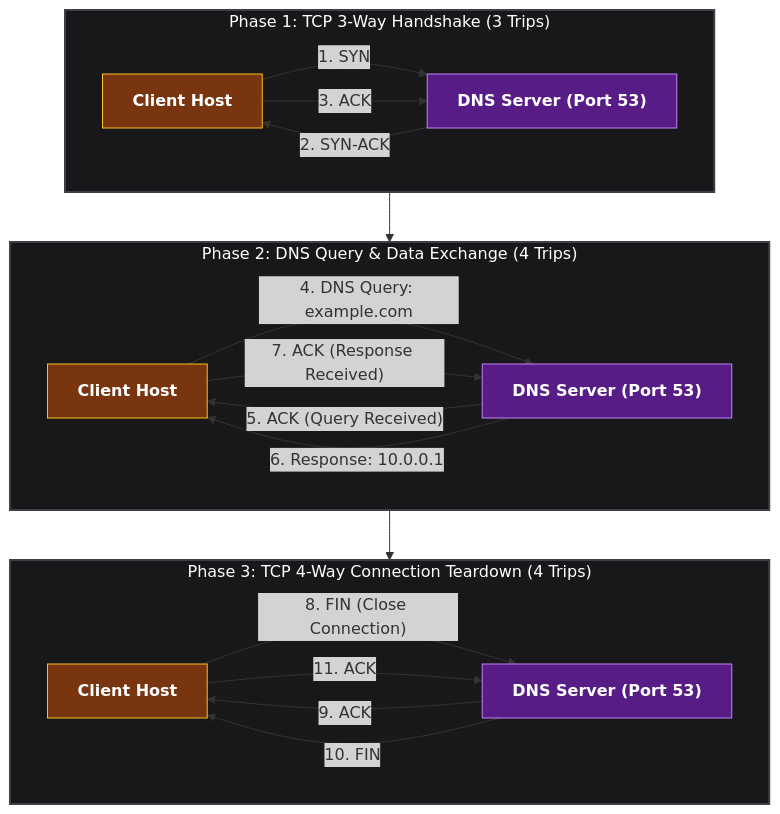
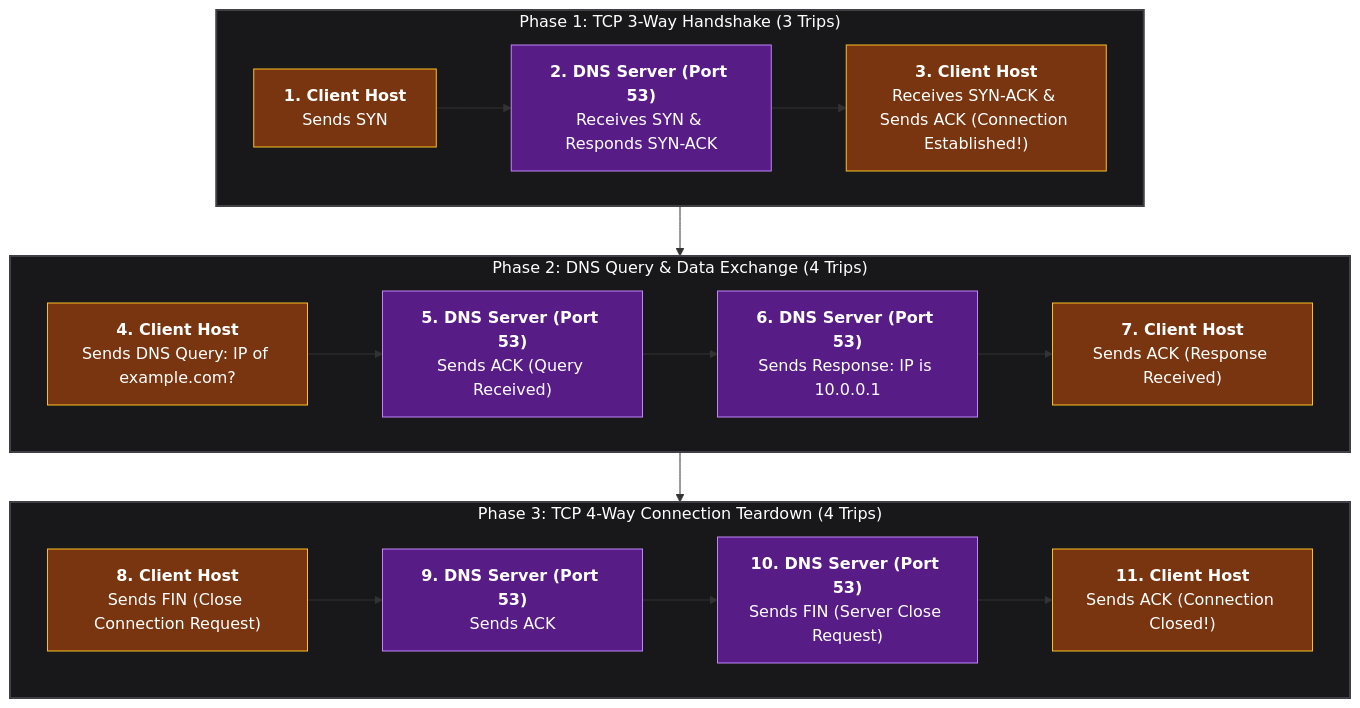
The fourth of 6 diagrams in content/posts/networking/ch13-user-datagram-protocol-udp.mdx (ayuslharora/blog-ayuslh), drawn with Mermaid before and after one commit. The commit also changed other lines of this file, not shown here.

Commit message:
Refine diagram flow for DNS TCP and UDP scenarios

````diff
--- a/content/posts/networking/ch13-user-datagram-protocol-udp.mdx
+++ b/content/posts/networking/ch13-user-datagram-protocol-udp.mdx
@@ -157,39 +157,38 @@
 ```mermaid
 flowchart TD
     subgraph Phase1 ["Phase 1: TCP 3-Way Handshake (3 Trips)"]
-        direction LR
-        C1["<b>Client Host</b>"] -- "1. SYN" --> D1["<b>DNS Server (Port 53)</b>"]
-        D1 -- "2. SYN-ACK" --> C1
-        C1 -- "3. ACK" --> D1
+        S1_1["<b>1. Client Host</b><br>Sends SYN"] --> S1_2["<b>2. DNS Server (Port 53)</b><br>Receives SYN & Responds SYN-ACK"]
+        S1_2 --> S1_3["<b>3. Client Host</b><br>Receives SYN-ACK & Sends ACK (Connection Established!)"]
     end
 
     subgraph Phase2 ["Phase 2: DNS Query & Data Exchange (4 Trips)"]
-        direction LR
-        C2["<b>Client Host</b>"] -- "4. DNS Query: example.com" --> D2["<b>DNS Server (Port 53)</b>"]
-        D2 -- "5. ACK (Query Received)" --> C2
-        D2 -- "6. Response: 10.0.0.1" --> C2
-        C2 -- "7. ACK (Response Received)" --> D2
+        S2_1["<b>4. Client Host</b><br>Sends DNS Query: IP of example.com?"] --> S2_2["<b>5. DNS Server (Port 53)</b><br>Sends ACK (Query Received)"]
+        S2_2 --> S2_3["<b>6. DNS Server (Port 53)</b><br>Sends Response: IP is 10.0.0.1"]
+        S2_3 --> S2_4["<b>7. Client Host</b><br>Sends ACK (Response Received)"]
     end
 
     subgraph Phase3 ["Phase 3: TCP 4-Way Connection Teardown (4 Trips)"]
-        direction LR
-        C3["<b>Client Host</b>"] -- "8. FIN (Close Connection)" --> D3["<b>DNS Server (Port 53)</b>"]
-        D3 -- "9. ACK" --> C3
-        D3 -- "10. FIN" --> C3
-        C3 -- "11. ACK" --> D3
+        S3_1["<b>8. Client Host</b><br>Sends FIN (Close Connection Request)"] --> S3_2["<b>9. DNS Server (Port 53)</b><br>Sends ACK"]
+        S3_2 --> S3_3["<b>10. DNS Server (Port 53)</b><br>Sends FIN (Server Close Request)"]
+        S3_3 --> S3_4["<b>11. Client Host</b><br>Sends ACK (Connection Closed!)"]
     end
 
     Phase1 --> Phase2 --> Phase3
 
     style Phase1 fill:#18181b,stroke:#3f3f46,stroke-width:2px,color:#fff
-    style C1 fill:#78350f,stroke:#fbbf24,color:#fff
-    style D1 fill:#581c87,stroke:#c084fc,color:#fff
+    style S1_1 fill:#78350f,stroke:#fbbf24,color:#fff
+    style S1_2 fill:#581c87,stroke:#c084fc,color:#fff
+    style S1_3 fill:#78350f,stroke:#fbbf24,color:#fff
 
     style Phase2 fill:#18181b,stroke:#3f3f46,stroke-width:2px,color:#fff
-    style C2 fill:#78350f,stroke:#fbbf24,color:#fff
-    style D2 fill:#581c87,stroke:#c084fc,color:#fff
+    style S2_1 fill:#78350f,stroke:#fbbf24,color:#fff
+    style S2_2 fill:#581c87,stroke:#c084fc,color:#fff
+    style S2_3 fill:#581c87,stroke:#c084fc,color:#fff
+    style S2_4 fill:#78350f,stroke:#fbbf24,color:#fff
 
     style Phase3 fill:#18181b,stroke:#3f3f46,stroke-width:2px,color:#fff
-    style C3 fill:#78350f,stroke:#fbbf24,color:#fff
-    style D3 fill:#581c87,stroke:#c084fc,color:#fff
+    style S3_1 fill:#78350f,stroke:#fbbf24,color:#fff
+    style S3_2 fill:#581c87,stroke:#c084fc,color:#fff
+    style S3_3 fill:#581c87,stroke:#c084fc,color:#fff
+    style S3_4 fill:#78350f,stroke:#fbbf24,color:#fff
 ```
````
